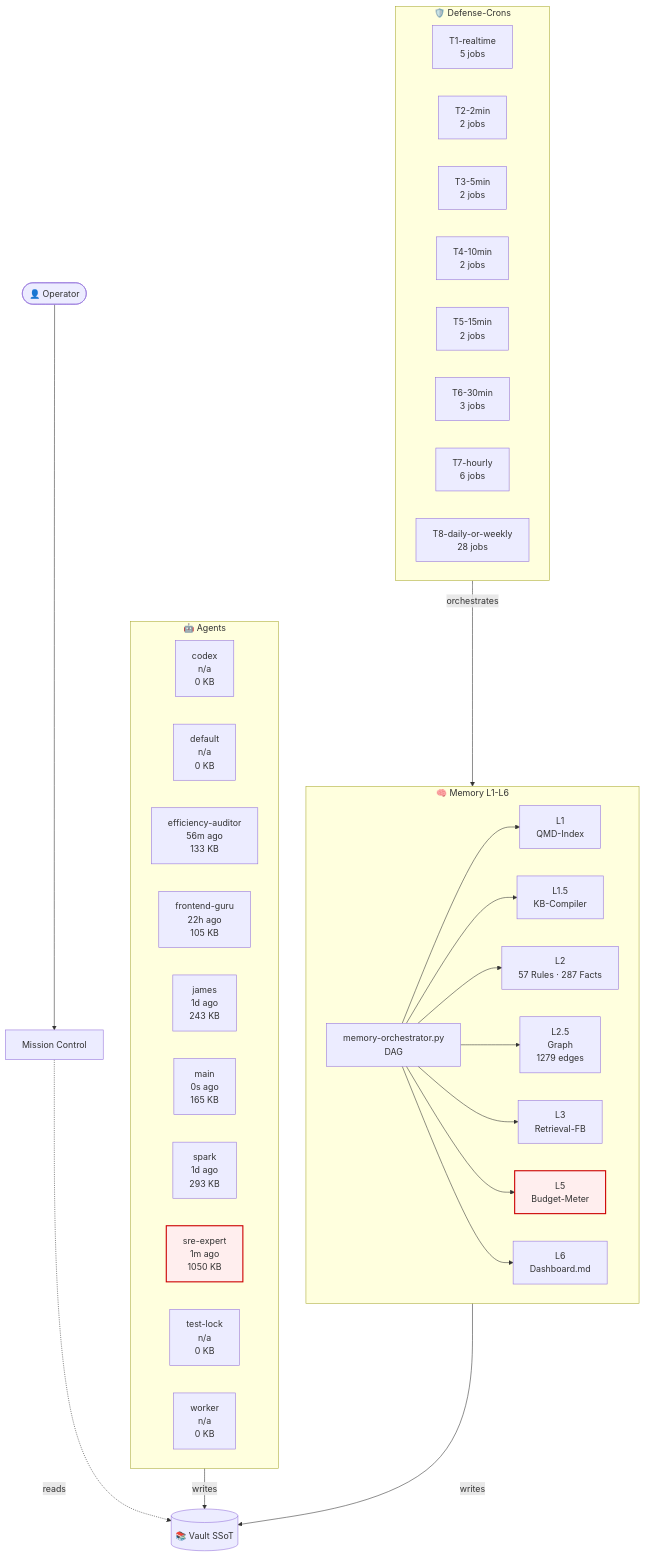
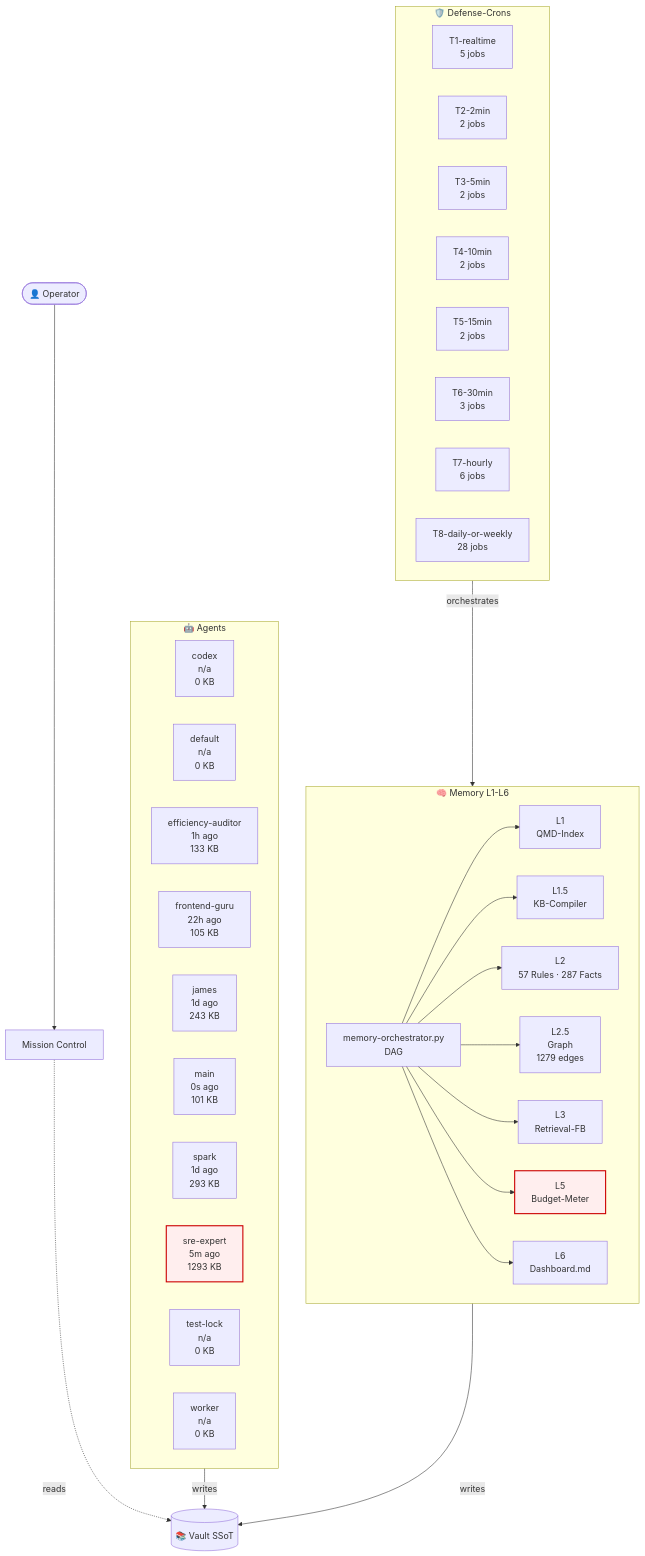
Before and after one commit to lenardhuebner88-rgb/openclaw-memory: the diagram in 03-Agents/architecture-live.md, drawn with Mermaid. The commit also changed other lines of this file and 8 other files, not shown here.

````diff
--- a/03-Agents/architecture-live.md
+++ b/03-Agents/architecture-live.md
@@ -18,53 +18,53 @@
 ```mermaid
 flowchart TB
     classDef critical fill:#fee,stroke:#c00,stroke-width:2px;
     subgraph AGT["🤖 Agents"]
         agent_codex["codex<br/>n/a<br/>0 KB"]
         agent_default["default<br/>n/a<br/>0 KB"]
-        agent_efficiency_auditor["efficiency-auditor<br/>56m ago<br/>133 KB"]
+        agent_efficiency_auditor["efficiency-auditor<br/>1h ago<br/>133 KB"]
         agent_frontend_guru["frontend-guru<br/>22h ago<br/>105 KB"]
         agent_james["james<br/>1d ago<br/>243 KB"]
-        agent_main["main<br/>0s ago<br/>165 KB"]
+        agent_main["main<br/>0s ago<br/>101 KB"]
         agent_spark["spark<br/>1d ago<br/>293 KB"]
-        agent_sre_expert["sre-expert<br/>1m ago<br/>1050 KB"]
+        agent_sre_expert["sre-expert<br/>5m ago<br/>1293 KB"]
         agent_test_lock["test-lock<br/>n/a<br/>0 KB"]
         agent_worker["worker<br/>n/a<br/>0 KB"]
     end
     subgraph MEM["🧠 Memory L1-L6"]
         L1["L1<br/>QMD-Index"]
         L15["L1.5<br/>KB-Compiler"]
         L2["L2<br/>57 Rules · 287 Facts"]
         L25["L2.5<br/>Graph<br/>1279 edges"]
         L3["L3<br/>Retrieval-FB"]
         L5["L5<br/>Budget-Meter"]
         L6["L6<br/>Dashboard.md"]
         ORCH["memory-orchestrator.py<br/>DAG"]
     end
     subgraph CRN["🛡️ Defense-Crons"]
         tier_T1_realtime["T1-realtime<br/>5 jobs"]
         tier_T2_2min["T2-2min<br/>2 jobs"]
         tier_T3_5min["T3-5min<br/>2 jobs"]
         tier_T4_10min["T4-10min<br/>2 jobs"]
         tier_T5_15min["T5-15min<br/>2 jobs"]
         tier_T6_30min["T6-30min<br/>3 jobs"]
         tier_T7_hourly["T7-hourly<br/>6 jobs"]
         tier_T8_daily_or_weekly["T8-daily-or-weekly<br/>28 jobs"]
     end
     VAULT[("📚 Vault SSoT")]
     OP([👤 Operator])
     MC["Mission Control"]
     OP --> MC
     MC -.reads.-> VAULT
     AGT -->|writes| VAULT
     MEM -->|writes| VAULT
     ORCH --> L1
     ORCH --> L15
     ORCH --> L2
     ORCH --> L25
     ORCH --> L3
     ORCH --> L5
     ORCH --> L6
     CRN -->|orchestrates| MEM
     class L5 critical
     class agent_sre_expert critical
 ```
````
